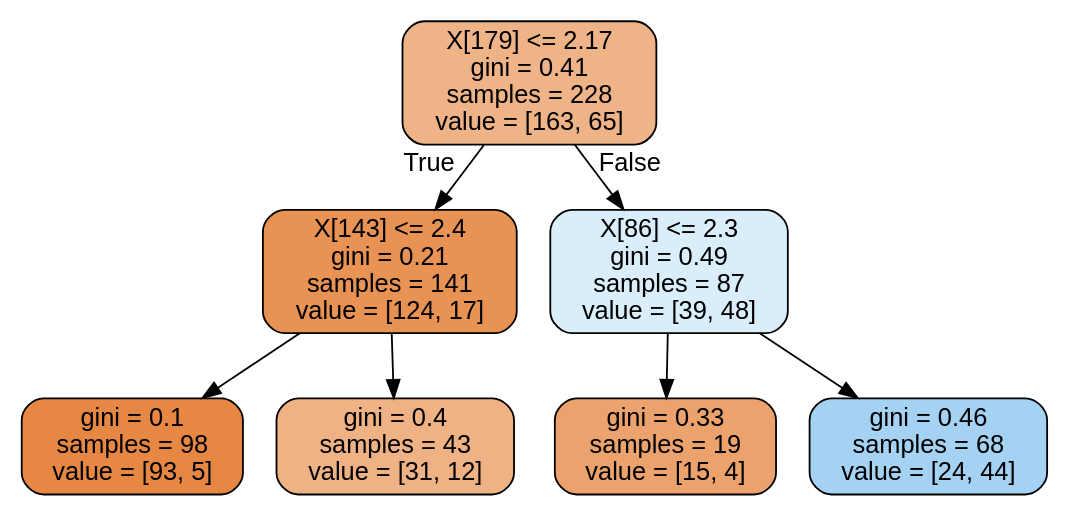
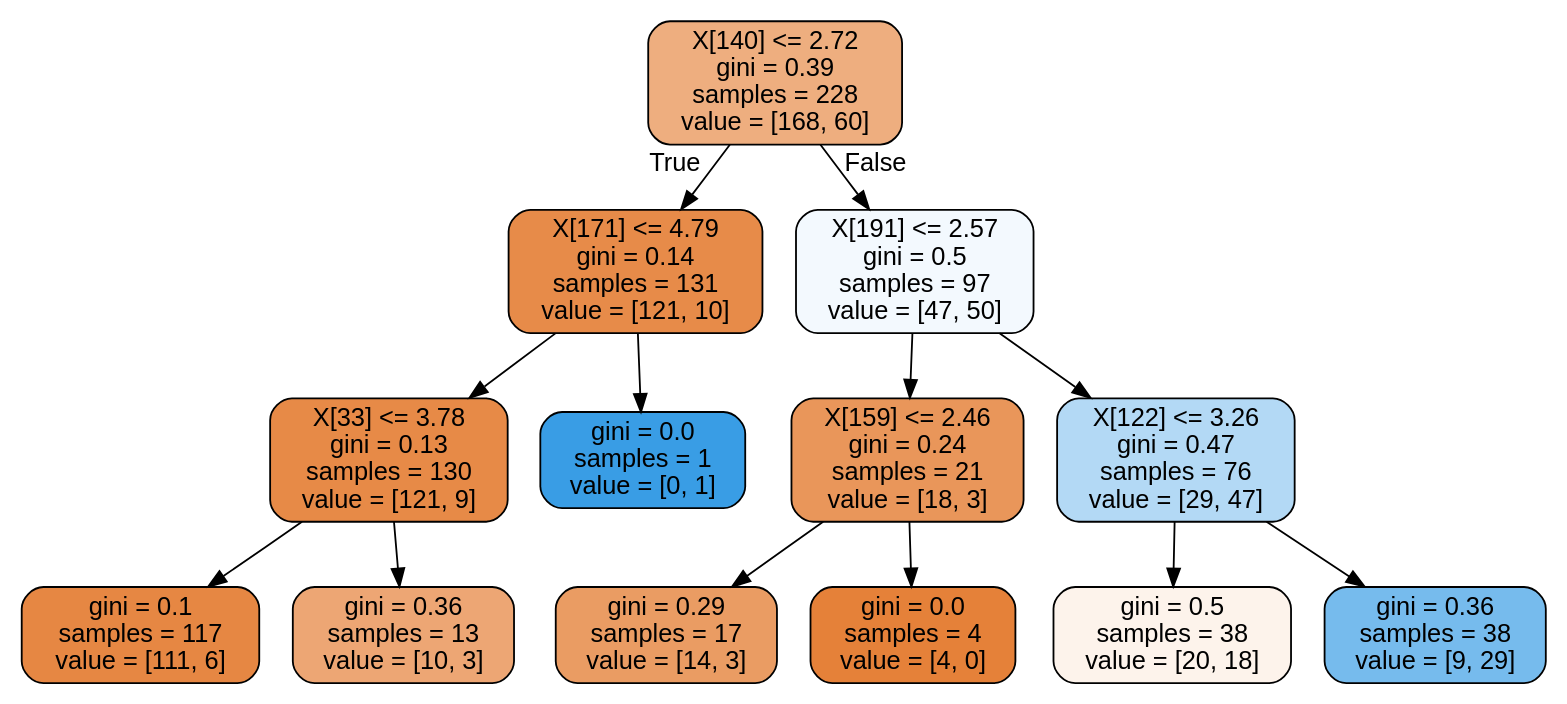
The diagram in model/thistree.dot (zeroknowledgediscovery/zcad), drawn with Graphviz before and after one commit. The commit also changed 28 other files, not shown here.

```diff
--- a/model/thistree.dot
+++ b/model/thistree.dot
@@ -1,17 +1,29 @@
 digraph Tree {
 node [shape=box, style="filled, rounded", color="black", fontname=helvetica] ;
 edge [fontname=helvetica] ;
-0 [label="X[179] <= 2.17\ngini = 0.41\nsamples = 228\nvalue = [163, 65]", fillcolor="#e5813999"] ;
-1 [label="X[143] <= 2.4\ngini = 0.21\nsamples = 141\nvalue = [124, 17]", fillcolor="#e58139dc"] ;
+0 [label="X[140] <= 2.72\ngini = 0.39\nsamples = 228\nvalue = [168, 60]", fillcolor="#e58139a4"] ;
+1 [label="X[171] <= 4.79\ngini = 0.14\nsamples = 131\nvalue = [121, 10]", fillcolor="#e58139ea"] ;
 0 -> 1 [labeldistance=2.5, labelangle=45, headlabel="True"] ;
-2 [label="gini = 0.1\nsamples = 98\nvalue = [93, 5]", fillcolor="#e58139f1"] ;
+2 [label="X[33] <= 3.78\ngini = 0.13\nsamples = 130\nvalue = [121, 9]", fillcolor="#e58139ec"] ;
 1 -> 2 ;
-3 [label="gini = 0.4\nsamples = 43\nvalue = [31, 12]", fillcolor="#e581399c"] ;
-1 -> 3 ;
-4 [label="X[86] <= 2.3\ngini = 0.49\nsamples = 87\nvalue = [39, 48]", fillcolor="#399de530"] ;
-0 -> 4 [labeldistance=2.5, labelangle=-45, headlabel="False"] ;
-5 [label="gini = 0.33\nsamples = 19\nvalue = [15, 4]", fillcolor="#e58139bb"] ;
-4 -> 5 ;
-6 [label="gini = 0.46\nsamples = 68\nvalue = [24, 44]", fillcolor="#399de574"] ;
-4 -> 6 ;
+3 [label="gini = 0.1\nsamples = 117\nvalue = [111, 6]", fillcolor="#e58139f1"] ;
+2 -> 3 ;
+4 [label="gini = 0.36\nsamples = 13\nvalue = [10, 3]", fillcolor="#e58139b3"] ;
+2 -> 4 ;
+5 [label="gini = 0.0\nsamples = 1\nvalue = [0, 1]", fillcolor="#399de5ff"] ;
+1 -> 5 ;
+6 [label="X[191] <= 2.57\ngini = 0.5\nsamples = 97\nvalue = [47, 50]", fillcolor="#399de50f"] ;
+0 -> 6 [labeldistance=2.5, labelangle=-45, headlabel="False"] ;
+7 [label="X[159] <= 2.46\ngini = 0.24\nsamples = 21\nvalue = [18, 3]", fillcolor="#e58139d4"] ;
+6 -> 7 ;
+8 [label="gini = 0.29\nsamples = 17\nvalue = [14, 3]", fillcolor="#e58139c8"] ;
+7 -> 8 ;
+9 [label="gini = 0.0\nsamples = 4\nvalue = [4, 0]", fillcolor="#e58139ff"] ;
+7 -> 9 ;
+10 [label="X[122] <= 3.26\ngini = 0.47\nsamples = 76\nvalue = [29, 47]", fillcolor="#399de562"] ;
+6 -> 10 ;
+11 [label="gini = 0.5\nsamples = 38\nvalue = [20, 18]", fillcolor="#e5813919"] ;
+10 -> 11 ;
+12 [label="gini = 0.36\nsamples = 38\nvalue = [9, 29]", fillcolor="#399de5b0"] ;
+10 -> 12 ;
 }
```
